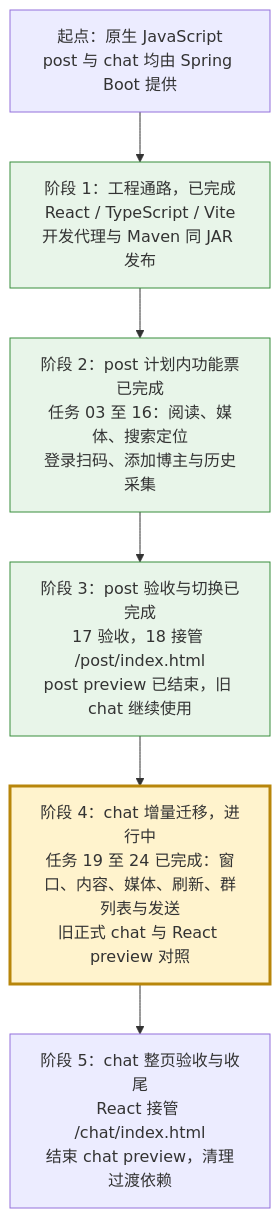
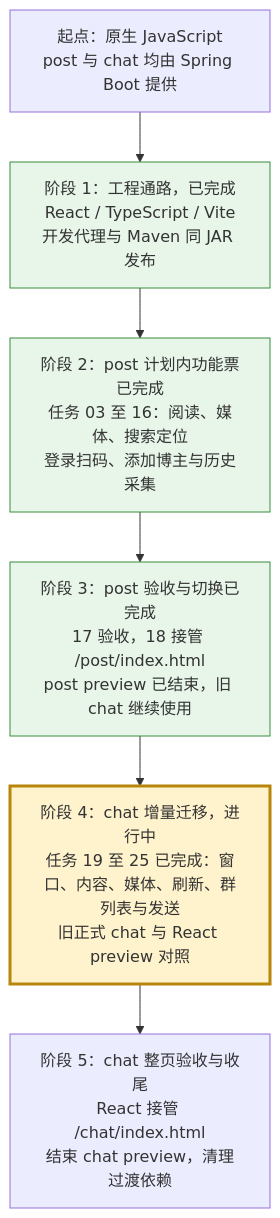
Before and after one commit to findxyz/vb-weibo-plus: the diagram in .scratch/react-migration/PLAN.md, drawn with Mermaid. The commit also changed other lines of this file and 6 other files, not shown here.

````diff
--- a/.scratch/react-migration/PLAN.md
+++ b/.scratch/react-migration/PLAN.md
@@ -17,14 +17,14 @@
 ```mermaid
 flowchart TD
     A["起点：原生 JavaScript<br/>post 与 chat 均由 Spring Boot 提供"]
     B["阶段 1：工程通路，已完成<br/>React / TypeScript / Vite<br/>开发代理与 Maven 同 JAR 发布"]
     C["阶段 2：post 计划内功能票已完成<br/>任务 03 至 16：阅读、媒体、搜索定位<br/>登录扫码、添加博主与历史采集"]
     D["阶段 3：post 验收与切换已完成<br/>17 验收，18 接管 /post/index.html<br/>post preview 已结束，旧 chat 继续使用"]
-    E["阶段 4：chat 增量迁移，进行中<br/>任务 19 至 24 已完成：窗口、内容、媒体、刷新、群列表与发送<br/>旧正式 chat 与 React preview 对照"]
+    E["阶段 4：chat 增量迁移，进行中<br/>任务 19 至 25 已完成：窗口、内容、媒体、刷新、群列表与发送<br/>旧正式 chat 与 React preview 对照"]
     F["阶段 5：chat 整页验收与收尾<br/>React 接管 /chat/index.html<br/>结束 chat preview，清理过渡依赖"]
     A --> B --> C --> D --> E --> F
     classDef complete fill:#e8f5e9,stroke:#388e3c
     classDef current fill:#fff3cd,stroke:#b8860b,stroke-width:3px
     class B,C,D complete
     class E current
 ```
````
